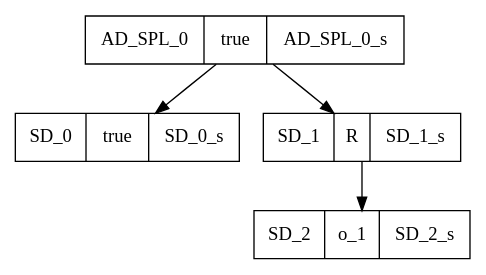
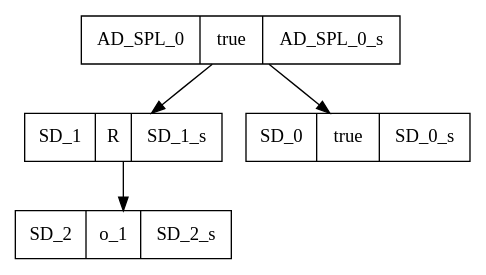
One commit to SPLMC/spl-generator changed the diagram in src/results_joao/rdg_rdg.dot. Above: the diagram before and after it, drawn with Graphviz. The commit also changed other lines of this file and 34 other files, not shown here.

Commit message:
Added activity diagram name evolution.

```diff
--- a/src/results_joao/rdg_rdg.dot
+++ b/src/results_joao/rdg_rdg.dot
@@ -1,9 +1,9 @@
 digraph graphname {
 AD_SPL_0[shape=record, label="{{AD_SPL_0|true|AD_SPL_0_s}}"];
-SD_0[shape=record, label="{{SD_0|true|SD_0_s}}"];
 SD_1[shape=record, label="{{SD_1|R|SD_1_s}}"];
 SD_2[shape=record, label="{{SD_2|o_1|SD_2_s}}"];
-AD_SPL_0 -> SD_0;
+SD_0[shape=record, label="{{SD_0|true|SD_0_s}}"];
 AD_SPL_0 -> SD_1;
 SD_1 -> SD_2;
+AD_SPL_0 -> SD_0;
 }
```
